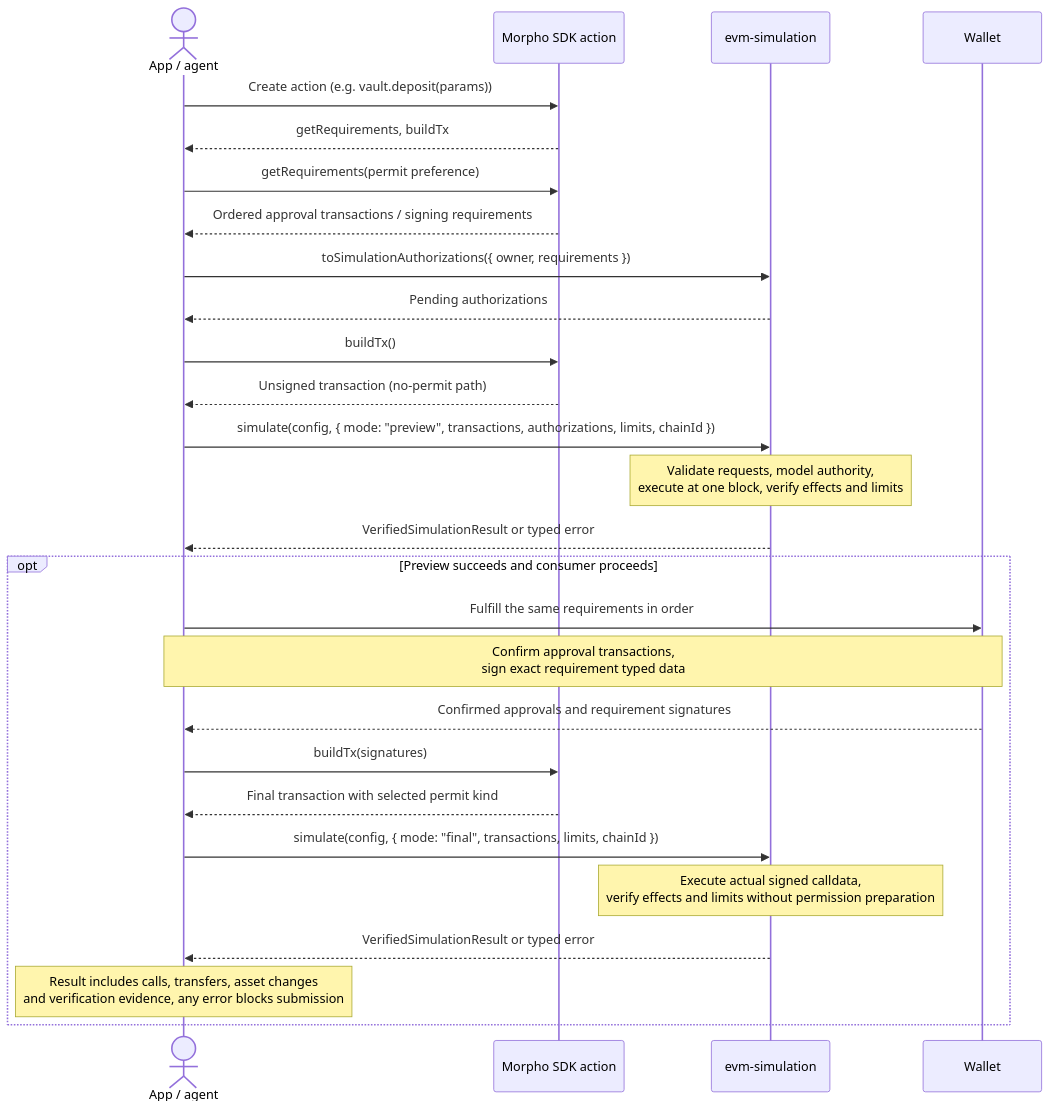
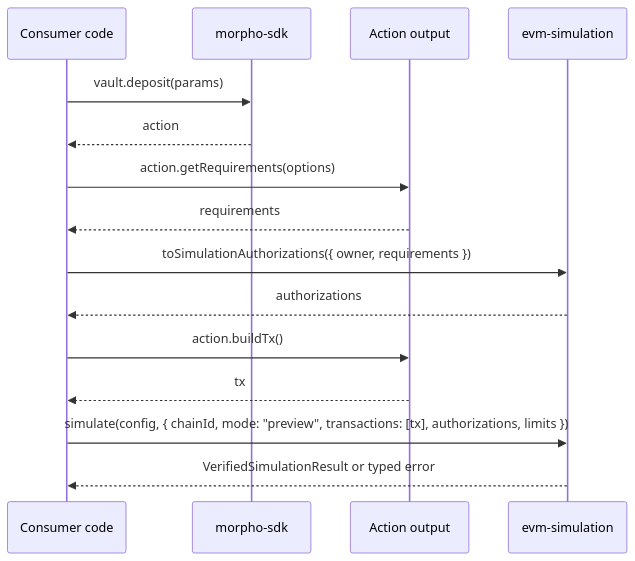
One commit to morpho-org/sdks changed the diagram in docs/tibs/TIB-2026-09-18-evm-simulation-calldata-verification.md. Above: the diagram before and after it, drawn with Mermaid.

Commit message:
docs: focus simulation diagram on SDK usage

````diff
--- a/docs/tibs/TIB-2026-09-18-evm-simulation-calldata-verification.md
+++ b/docs/tibs/TIB-2026-09-18-evm-simulation-calldata-verification.md
@@ -233,31 +233,18 @@
 ```mermaid
 sequenceDiagram
-    actor Consumer as App / agent
-    participant SDK as Morpho SDK action
+    participant Consumer as Consumer code
+    participant SDK as morpho-sdk
+    participant Action as Action output
     participant Simulation as evm-simulation
-    participant Wallet
 
-    Consumer->>SDK: Create action (e.g. vault.deposit(params))
-    SDK-->>Consumer: getRequirements, buildTx
-    Consumer->>SDK: getRequirements(permit preference)
-    SDK-->>Consumer: Ordered approval transactions / signing requirements
+    Consumer->>SDK: vault.deposit(params)
+    SDK-->>Consumer: action
+    Consumer->>Action: action.getRequirements(options)
+    Action-->>Consumer: requirements
     Consumer->>Simulation: toSimulationAuthorizations({ owner, requirements })
-    Simulation-->>Consumer: Pending authorizations
-    Consumer->>SDK: buildTx()
-    SDK-->>Consumer: Unsigned transaction (no-permit path)
-    Consumer->>Simulation: simulate(config, { mode: "preview", transactions, authorizations, limits, chainId })
-    Note over Simulation: Validate requests, model authority,<br/>execute at one block, verify effects and limits
+    Simulation-->>Consumer: authorizations
+    Consumer->>Action: action.buildTx()
+    Action-->>Consumer: tx
+    Consumer->>Simulation: simulate(config, { chainId, mode: "preview", transactions: [tx], authorizations, limits })
     Simulation-->>Consumer: VerifiedSimulationResult or typed error
-
-    opt Preview succeeds and consumer proceeds
-        Consumer->>Wallet: Fulfill the same requirements in order
-        Note over Consumer,Wallet: Confirm approval transactions,<br/>sign exact requirement typed data
-        Wallet-->>Consumer: Confirmed approvals and requirement signatures
-        Consumer->>SDK: buildTx(signatures)
-        SDK-->>Consumer: Final transaction with selected permit kind
-        Consumer->>Simulation: simulate(config, { mode: "final", transactions, limits, chainId })
-        Note over Simulation: Execute actual signed calldata,<br/>verify effects and limits without permission preparation
-        Simulation-->>Consumer: VerifiedSimulationResult or typed error
-        Note over Consumer: Result includes calls, transfers, asset changes<br/>and verification evidence, any error blocks submission
-    end
 ```
````
